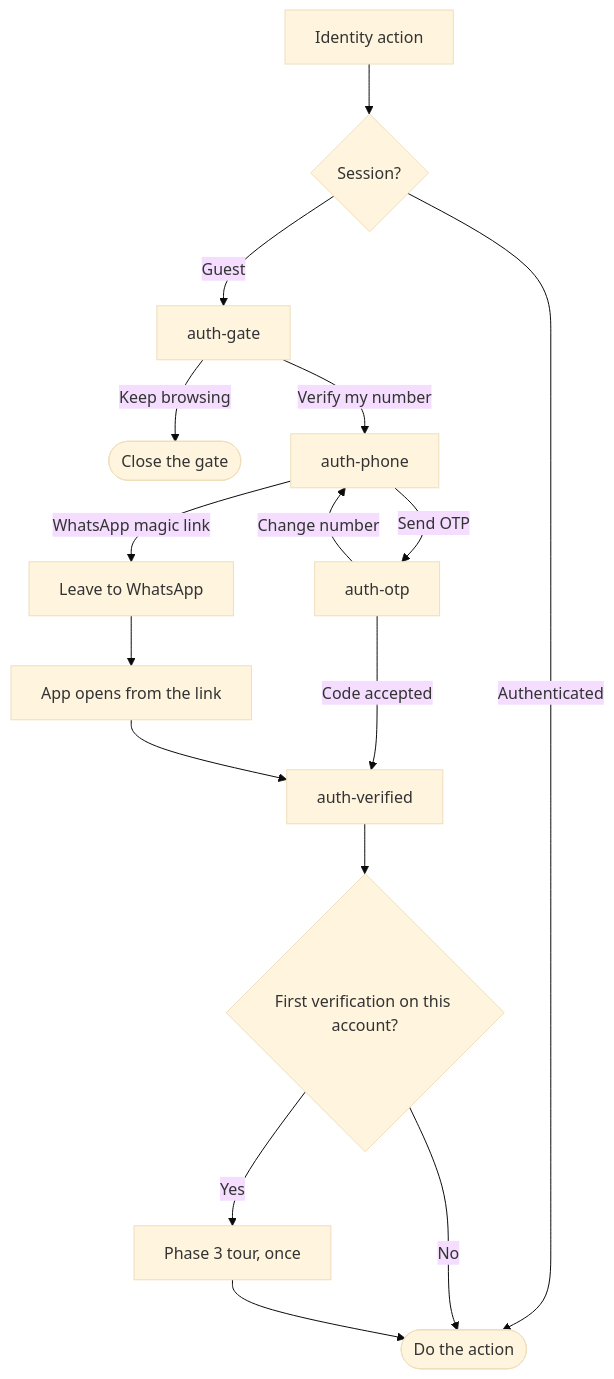
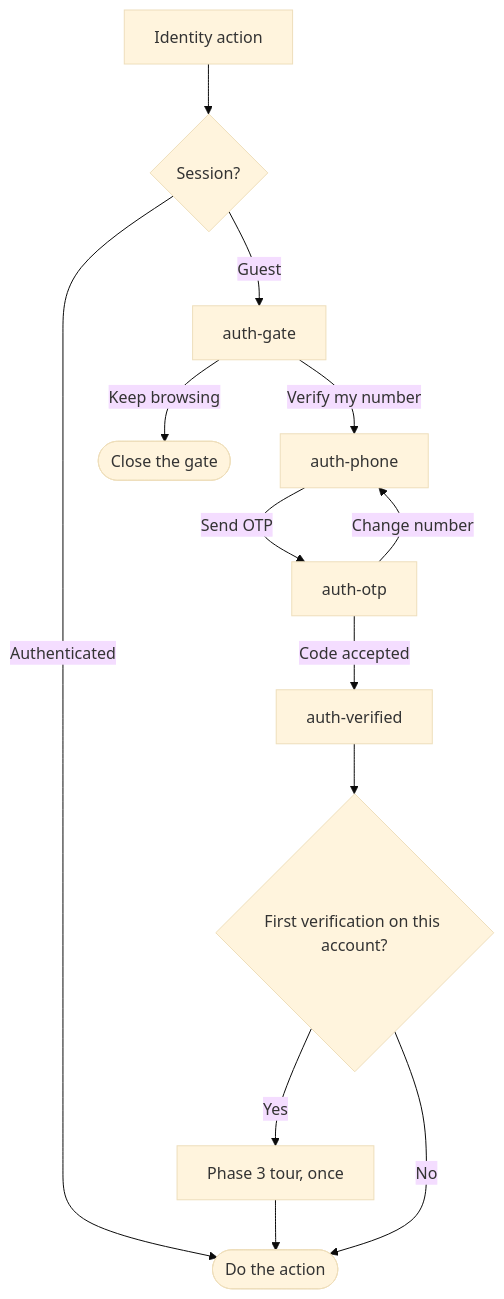
Before and after one commit to bawra11/elite-product: the first of 2 diagrams in product/detail-flows/02-auth.md, drawn with Mermaid (base theme). The commit also changed other lines of this file and 12 other files, not shown here.

````diff
--- a/product/detail-flows/02-auth.md
+++ b/product/detail-flows/02-auth.md
@@ -7,18 +9,15 @@
 ```mermaid
 flowchart TD
   action["Identity action"] --> session{Session?}
   session -->|Authenticated| go([Do the action])
   session -->|Guest| gate["auth-gate"]
   gate -->|Keep browsing| back([Close the gate])
   gate -->|Verify my number| phone["auth-phone"]
   phone -->|Send OTP| otp["auth-otp"]
   otp -->|Change number| phone
   otp -->|Code accepted| verified["auth-verified"]
-  phone -->|WhatsApp magic link| leave["Leave to WhatsApp"]
-  leave --> returnLink["App opens from the link"]
-  returnLink --> verified
   verified --> first{First verification on this account?}
   first -->|Yes| tour["Phase 3 tour, once"]
   first -->|No| go
   tour --> go
 ```
````
